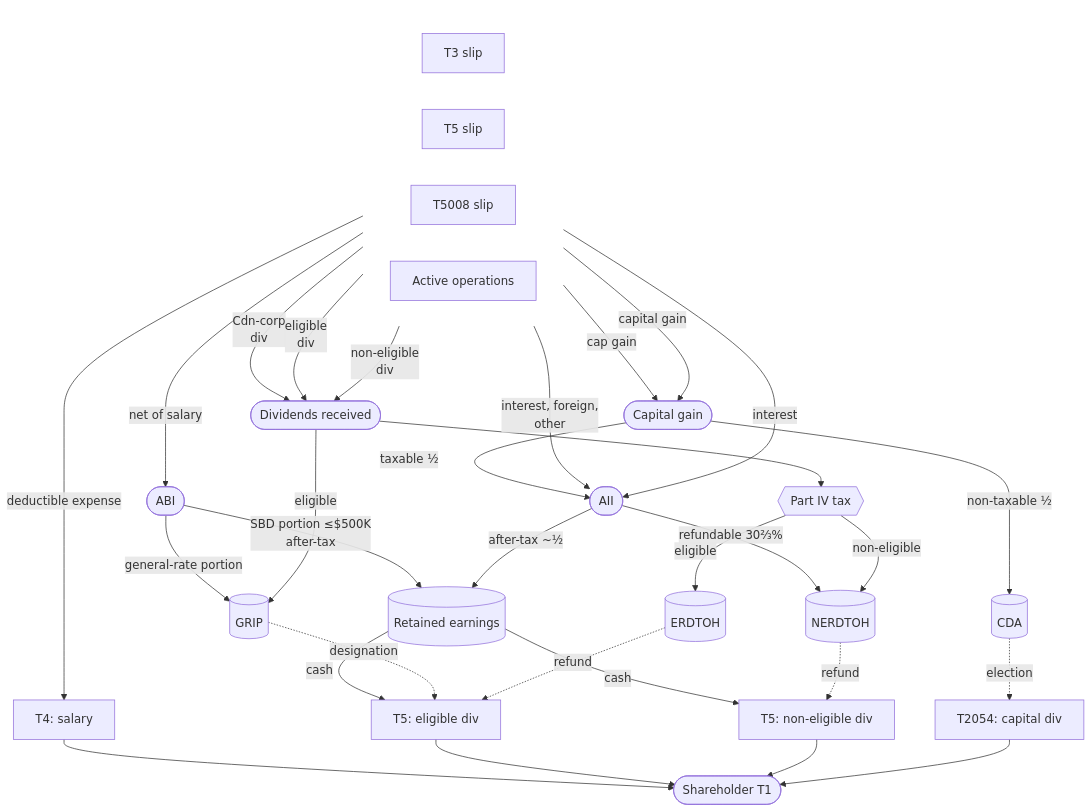
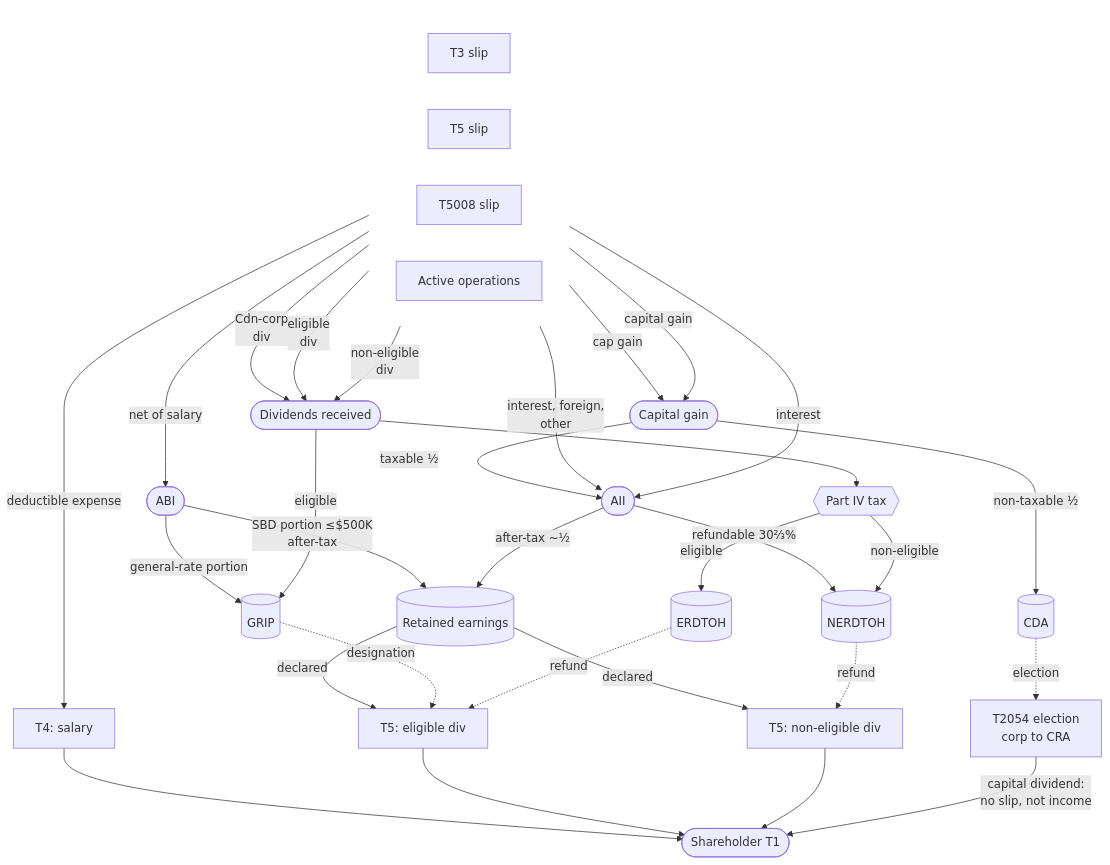
The diagram in guide/Overview/Small-Business-Tax.md (alexoooo/canadian-corp-info), drawn with Mermaid before and after one commit. The commit also changed other lines of this file and 74 other files, not shown here.

````diff
--- a/guide/Overview/Small-Business-Tax.md
+++ b/guide/Overview/Small-Business-Tax.md
@@ -40,64 +41,64 @@
 ```mermaid
 flowchart TB
     subgraph Inputs [Inputs]
         direction LR
         T3[T3 slip]
         T5in[T5 slip]
         T5008[T5008 slip]
         OP[Active operations]
     end
 
     ABI([ABI])
     AII([AII])
     CapGain([Capital gain])
     DivRcv([Dividends received])
 
     RE[(Retained earnings)]
     GRIP[(GRIP)]
     CDA[(CDA)]
     ERDTOH[(ERDTOH)]
     NERDTOH[(NERDTOH)]
 
     PartIV{{Part IV tax}}
 
     T4out["T4: salary"]
     T5elig["T5: eligible div"]
     T5neli["T5: non-eligible div"]
-    T2054["T2054: capital div"]
+    T2054["T2054 election<br/>corp to CRA"]
     SH([Shareholder T1])
 
     OP -->|net of salary| ABI
     OP -->|deductible expense| T4out
     T3 -->|interest, foreign,<br/>other| AII
     T3 -->|cap gain| CapGain
     T5in -->|interest| AII
     T5008 -->|capital gain| CapGain
     T5in -->|Cdn-corp<br/>div| DivRcv
     T3 -->|eligible<br/>div| DivRcv
     T3 -->|non-eligible<br/>div| DivRcv
 
     ABI -->|SBD portion ≤$500K<br/>after-tax| RE
     ABI -->|general-rate portion| GRIP
     AII -->|after-tax ~½| RE
     AII -->|refundable 30⅔%| NERDTOH
     CapGain -->|taxable ½| AII
     CapGain -->|non-taxable ½| CDA
     DivRcv -->|eligible| GRIP
     DivRcv --> PartIV
     PartIV -->|eligible| ERDTOH
     PartIV -->|non-eligible| NERDTOH
 
-    RE -->|cash| T5elig
-    RE -->|cash| T5neli
+    RE -->|declared| T5elig
+    RE -->|declared| T5neli
     GRIP -.->|designation| T5elig
     ERDTOH -.->|refund| T5elig
     NERDTOH -.->|refund| T5neli
     CDA -.->|election| T2054
 
     T4out --> SH
     T5elig --> SH
     T5neli --> SH
-    T2054 --> SH
+    T2054 -->|capital dividend:<br/>no slip, not income| SH
 
     style Inputs fill:transparent,stroke:transparent,color:transparent
 ```
````
